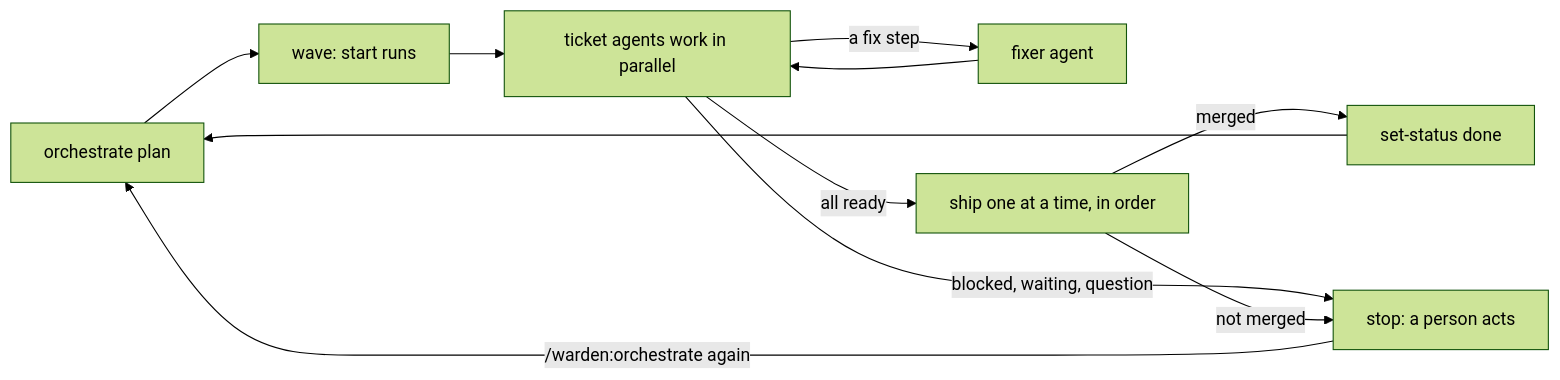
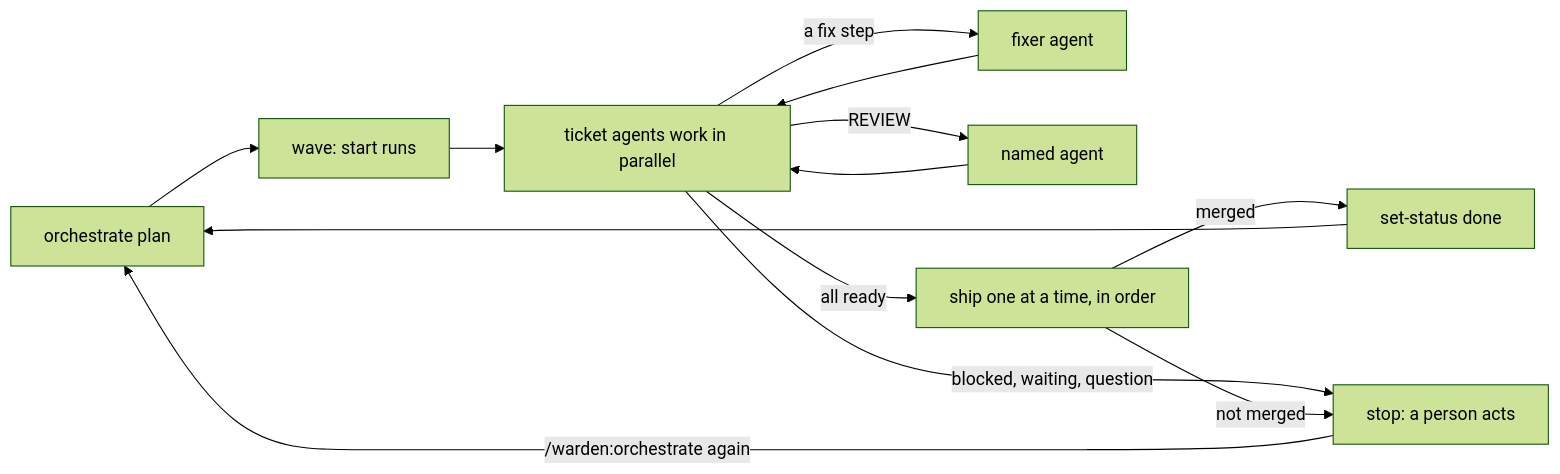
Before and after one commit to thucxuong/warden: the diagram in docs/guides/orchestrate-an-epic.md, drawn with Mermaid (forest theme). The commit also changed other lines of this file and 6 other files, not shown here.

First line of the commit message:
orchestrate: a ticket can get a required named-agent review (REVIEW reply, linked by the prompt's Task: line)

````diff
--- a/docs/guides/orchestrate-an-epic.md
+++ b/docs/guides/orchestrate-an-epic.md
@@ -64,13 +65,15 @@
 ```mermaid
 flowchart LR
   P["orchestrate plan"] --> W["wave: start runs"]
   W --> A["ticket agents work in parallel"]
   A -->|"a fix step"| F["fixer agent"]
   F --> A
+  A -->|"REVIEW"| R["named agent"]
+  R --> A
   A -->|"all ready"| S["ship one at a time, in order"]
   S -->|"merged"| D["set-status done"]
   D --> P
   A -->|"blocked, waiting, question"| H["stop: a person acts"]
   S -->|"not merged"| H
   H -->|"/warden:orchestrate again"| P
 ```
````
